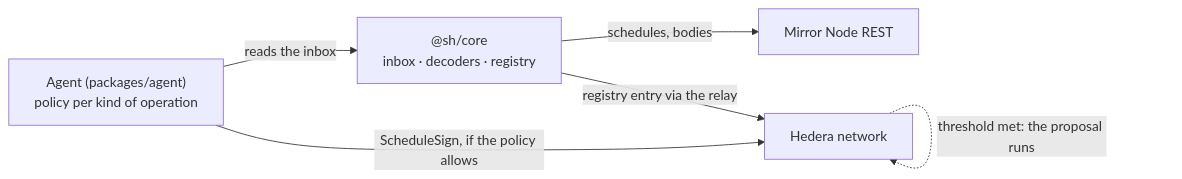
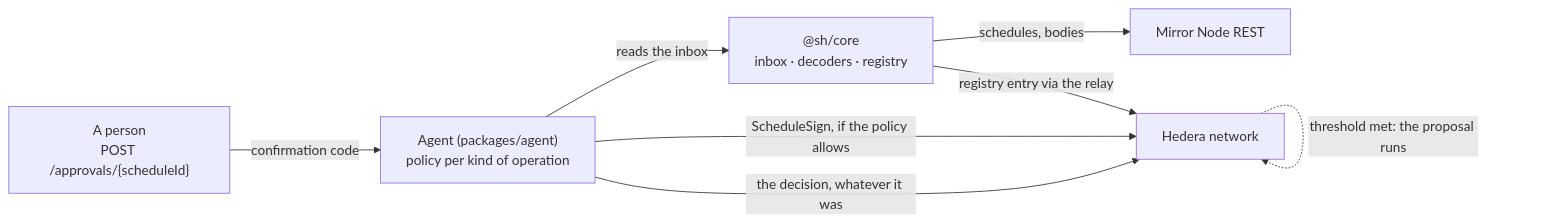
The seventh of 7 diagrams in docs/ARCHITECTURE.md (SpaceUY/hedera-governed-operations), drawn with Mermaid before and after one commit. The commit also changed other lines of this file and 4 other files, not shown here.

First line of the commit message:
docs: describe the confirmation and the decision log

````diff
--- a/docs/ARCHITECTURE.md
+++ b/docs/ARCHITECTURE.md
@@ -463,13 +463,15 @@
 ```mermaid
 flowchart LR
   Agent["Agent (packages/agent)<br/>policy per kind of operation"]
   Core["@sh/core<br/>inbox · decoders · registry"]
   Mirror["Mirror Node REST"]
   Hedera["Hedera network"]
 
   Agent -- "reads the inbox" --> Core
   Core -- "schedules, bodies" --> Mirror
   Core -- "registry entry via the relay" --> Hedera
+  Person["A person<br/>POST /approvals/{scheduleId}"] -- "confirmation code" --> Agent
   Agent -- "ScheduleSign, if the policy allows" --> Hedera
+  Agent -- "the decision, whatever it was" --> Hedera
   Hedera -. "threshold met: the proposal runs" .-> Hedera
 ```
````
